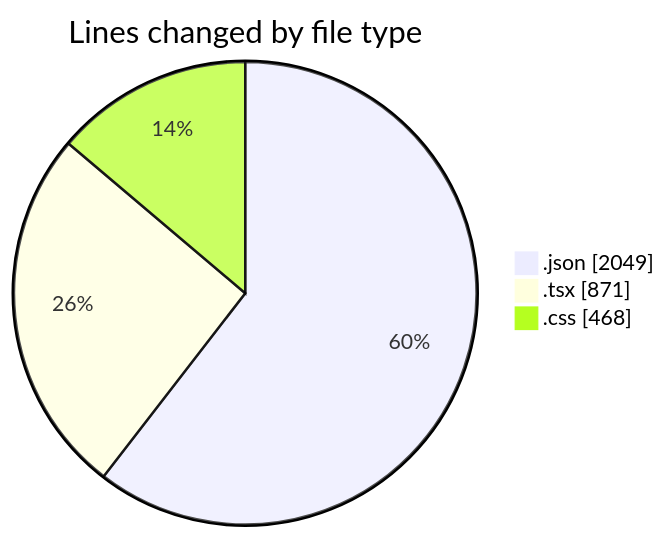
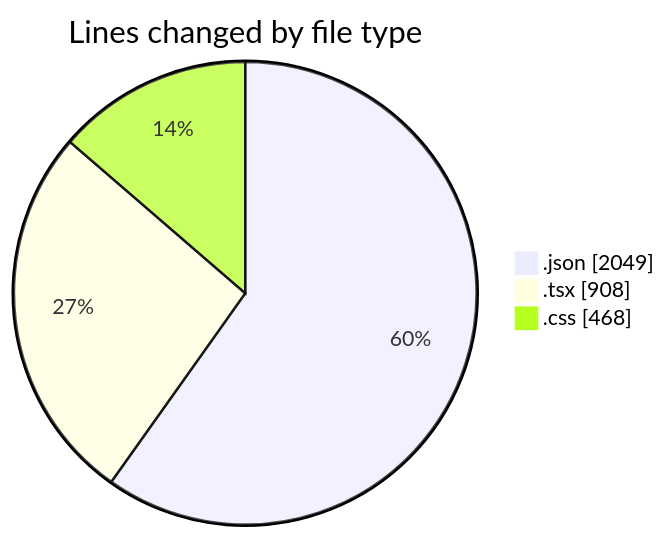
The first of 2 diagrams in 2025-08-14/ribbon/README.md (EIIisD/code-tracking), drawn with Mermaid before and after one commit. The commit also changed other lines of this file and 1 other file, not shown here.

````diff
--- a/2025-08-14/ribbon/README.md
+++ b/2025-08-14/ribbon/README.md
@@ -27,7 +27,7 @@
 ```mermaid
 pie showData
 title Lines changed by file type
 ".json" : 2049
-".tsx" : 871
+".tsx" : 908
 ".css" : 468
 ```
````
